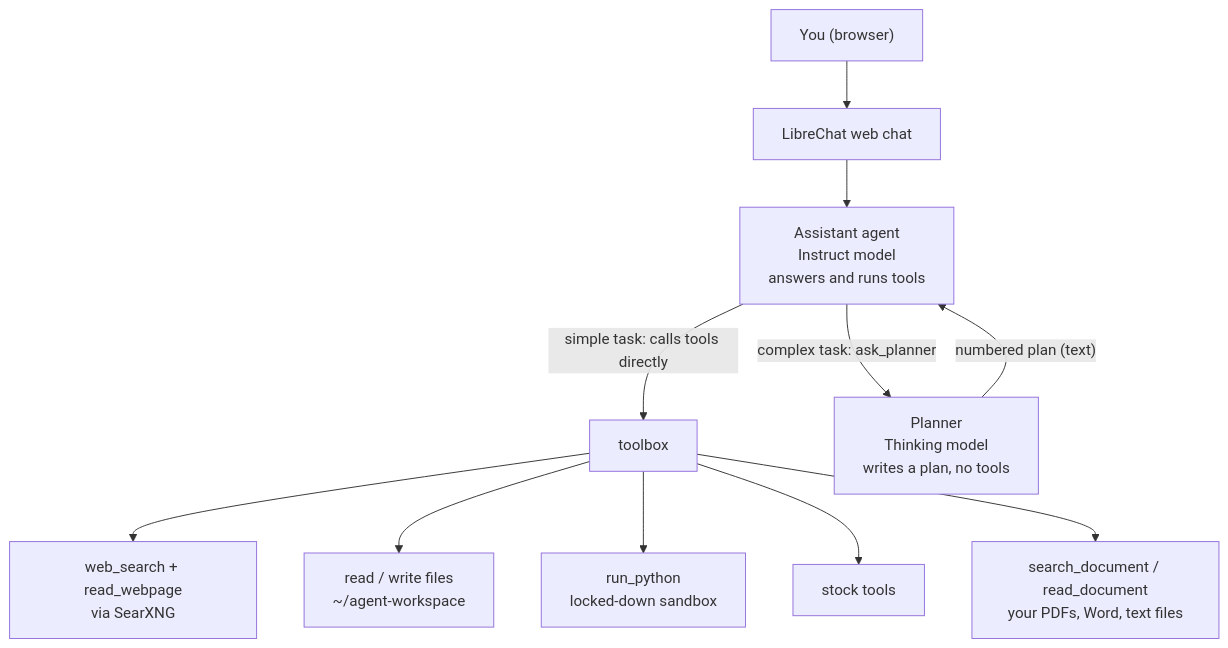
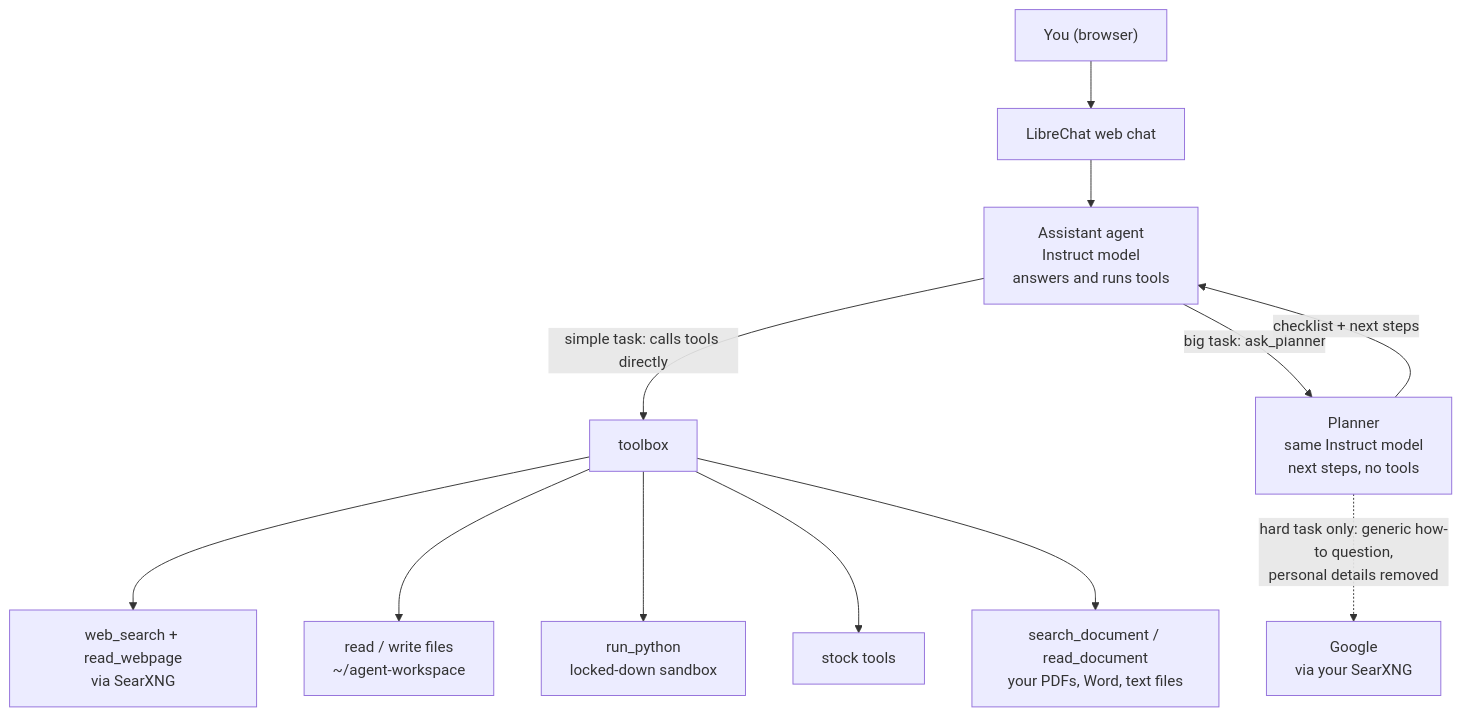
One commit to dhoon-ai/dhoon changed the first of 2 diagrams in README.md. Above: the diagram before and after it, drawn with Mermaid. The commit also changed other lines of this file and 13 other files, not shown here.

First line of the commit message:
Drop the Thinking planner model; plan with the Instruct model, ask Google for hard tasks

````diff
--- a/README.md
+++ b/README.md
@@ -66,13 +65,14 @@
 ```mermaid
 flowchart TD
     U["You (browser)"] --> LC["LibreChat web chat"]
     LC --> A["Assistant agent<br/>Instruct model<br/>answers and runs tools"]
     A -->|"simple task: calls tools directly"| T["toolbox"]
-    A -->|"complex task: ask_planner"| P["Planner<br/>Thinking model<br/>writes a plan, no tools"]
-    P -->|"numbered plan (text)"| A
+    A -->|"big task: ask_planner"| P["Planner<br/>same Instruct model<br/>next steps, no tools"]
+    P -.->|"hard task only: generic how-to question,<br/>personal details removed"| G["Google<br/>via your SearXNG"]
+    P -->|"checklist + next steps"| A
     T --> W["web_search + read_webpage<br/>via SearXNG"]
     T --> F["read / write files<br/>~/agent-workspace"]
     T --> PY["run_python<br/>locked-down sandbox"]
     T --> S["stock tools"]
     T --> D["search_document / read_document<br/>your PDFs, Word, text files"]
 ```
````
